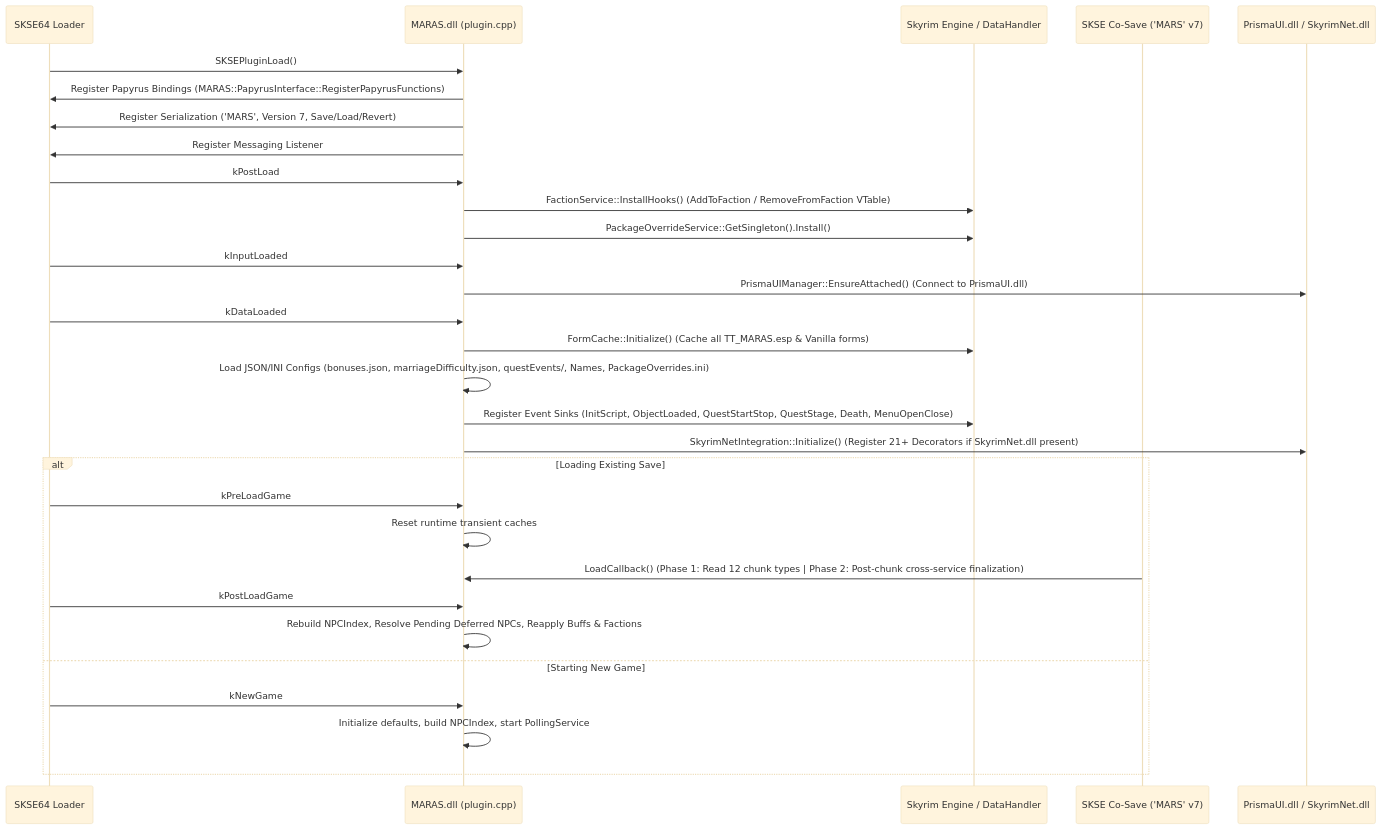
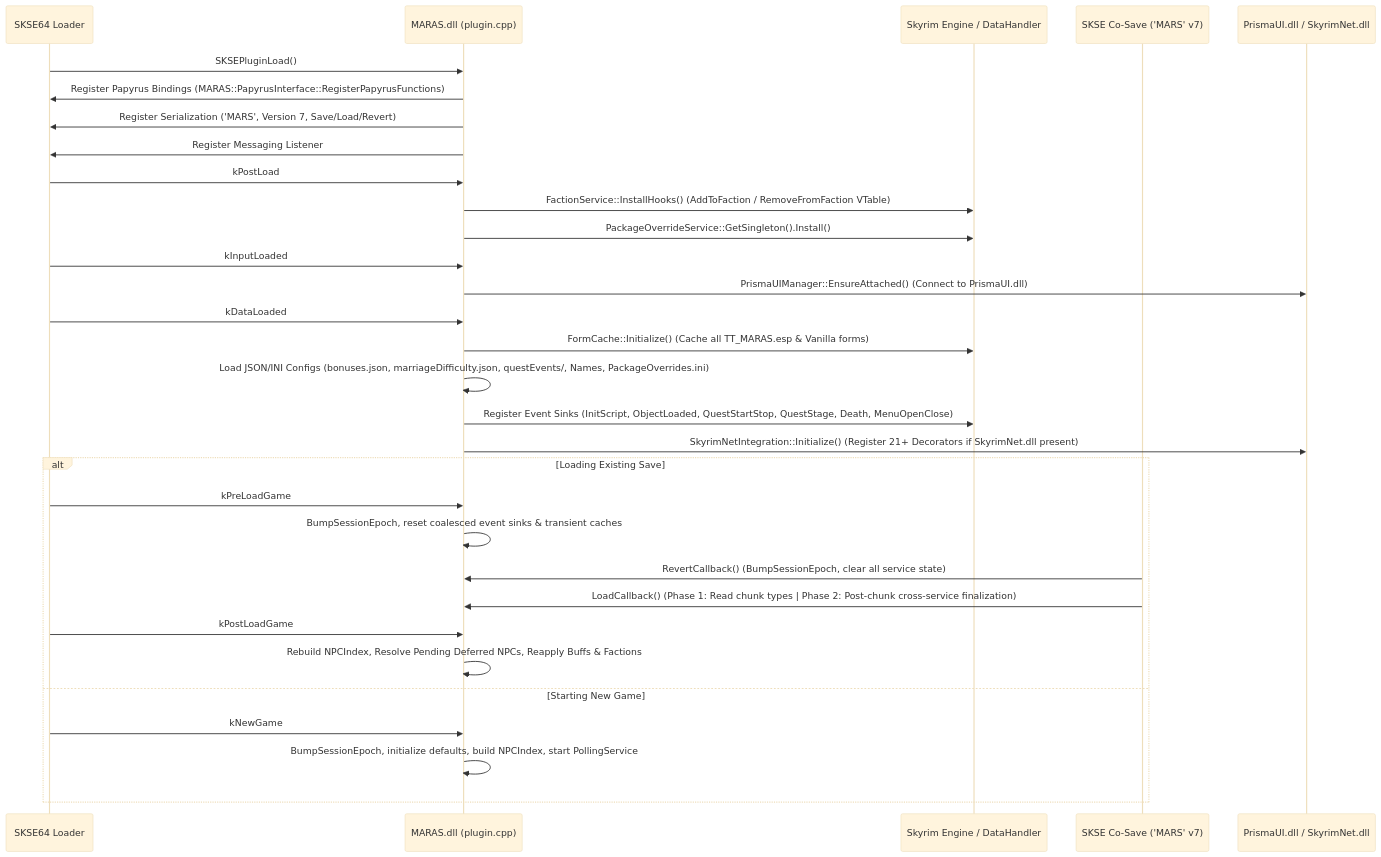
The second of 2 diagrams in docs/modder/ARCHITECTURE.md (tetherball88/maras), drawn with Mermaid (base theme) before and after one commit. The commit also changed other lines of this file and 32 other files, not shown here.

Commit message:
P0.2 — Concurrency Perimeter, SessionEpoch, & Detached Thread Removal

````diff
--- a/docs/modder/ARCHITECTURE.md
+++ b/docs/modder/ARCHITECTURE.md
@@ -107,37 +107,38 @@
 ```mermaid
 sequenceDiagram
     participant SKSE as SKSE64 Loader
     participant Plugin as MARAS.dll (plugin.cpp)
     participant Engine as Skyrim Engine / DataHandler
     participant CoSave as SKSE Co-Save ('MARS' v7)
     participant UI as PrismaUI.dll / SkyrimNet.dll
 
     SKSE->>Plugin: SKSEPluginLoad()
     Plugin->>SKSE: Register Papyrus Bindings (MARAS::PapyrusInterface::RegisterPapyrusFunctions)
     Plugin->>SKSE: Register Serialization ('MARS', Version 7, Save/Load/Revert)
     Plugin->>SKSE: Register Messaging Listener
 
     SKSE->>Plugin: kPostLoad
     Plugin->>Engine: FactionService::InstallHooks() (AddToFaction / RemoveFromFaction VTable)
     Plugin->>Engine: PackageOverrideService::GetSingleton().Install()
 
     SKSE->>Plugin: kInputLoaded
     Plugin->>UI: PrismaUIManager::EnsureAttached() (Connect to PrismaUI.dll)
 
     SKSE->>Plugin: kDataLoaded
     Plugin->>Engine: FormCache::Initialize() (Cache all TT_MARAS.esp & Vanilla forms)
     Plugin->>Plugin: Load JSON/INI Configs (bonuses.json, marriageDifficulty.json, questEvents/, Names, PackageOverrides.ini)
     Plugin->>Engine: Register Event Sinks (InitScript, ObjectLoaded, QuestStartStop, QuestStage, Death, MenuOpenClose)
     Plugin->>UI: SkyrimNetIntegration::Initialize() (Register 21+ Decorators if SkyrimNet.dll present)
 
     alt Loading Existing Save
         SKSE->>Plugin: kPreLoadGame
-        Plugin->>Plugin: Reset runtime transient caches
-        CoSave->>Plugin: LoadCallback() (Phase 1: Read 12 chunk types | Phase 2: Post-chunk cross-service finalization)
+        Plugin->>Plugin: BumpSessionEpoch, reset coalesced event sinks & transient caches
+        CoSave->>Plugin: RevertCallback() (BumpSessionEpoch, clear all service state)
+        CoSave->>Plugin: LoadCallback() (Phase 1: Read chunk types | Phase 2: Post-chunk cross-service finalization)
         SKSE->>Plugin: kPostLoadGame
         Plugin->>Plugin: Rebuild NPCIndex, Resolve Pending Deferred NPCs, Reapply Buffs & Factions
     else Starting New Game
         SKSE->>Plugin: kNewGame
-        Plugin->>Plugin: Initialize defaults, build NPCIndex, start PollingService
+        Plugin->>Plugin: BumpSessionEpoch, initialize defaults, build NPCIndex, start PollingService
     end
 ```
````
